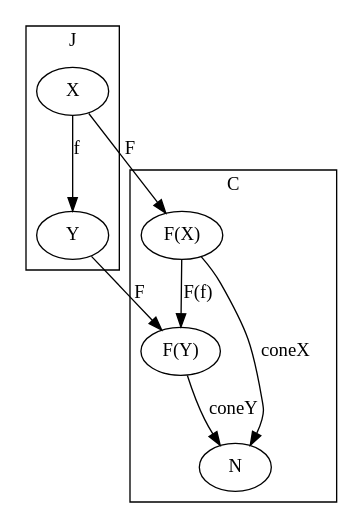
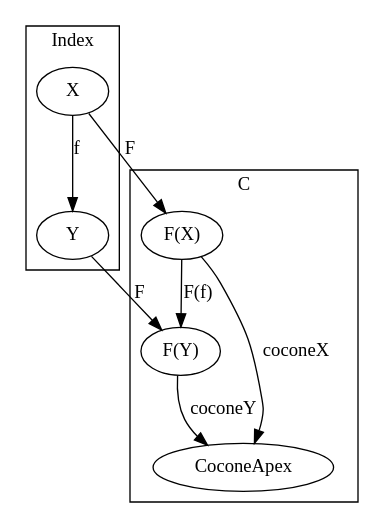
One commit to frankymacster/category-theory-graphviz changed the fourth of 4 diagrams in cone.md. Above: the diagram before and after it, drawn with Graphviz. The commit also changed other lines of this file, not shown here.

Commit message:
cone: rename

````diff
--- a/cone.md
+++ b/cone.md
@@ -66,27 +66,27 @@
 ```graphviz
 digraph G {
   subgraph clusterJ {
-    label="J"
+    label="Index"
 
     "X"
     "Y"
   }
 
   subgraph clusterC {
     label="C"
 
-    "N"
+    "CoconeApex"
     "F(X)"
     "F(Y)"
   }
 
   "X" -> "Y" [label="f"]
 
   "X" -> "F(X)" [label="F"]
   "Y" -> "F(Y)" [label="F"]
   "F(X)" -> "F(Y)" [label="F(f)"]
 
-  "F(X)" -> "N" [label="coneX"]
-  "F(Y)" -> "N" [label="coneY"]
+  "F(X)" -> "CoconeApex" [label="coconeX"]
+  "F(Y)" -> "CoconeApex" [label="coconeY"]
 }
 ```
````
